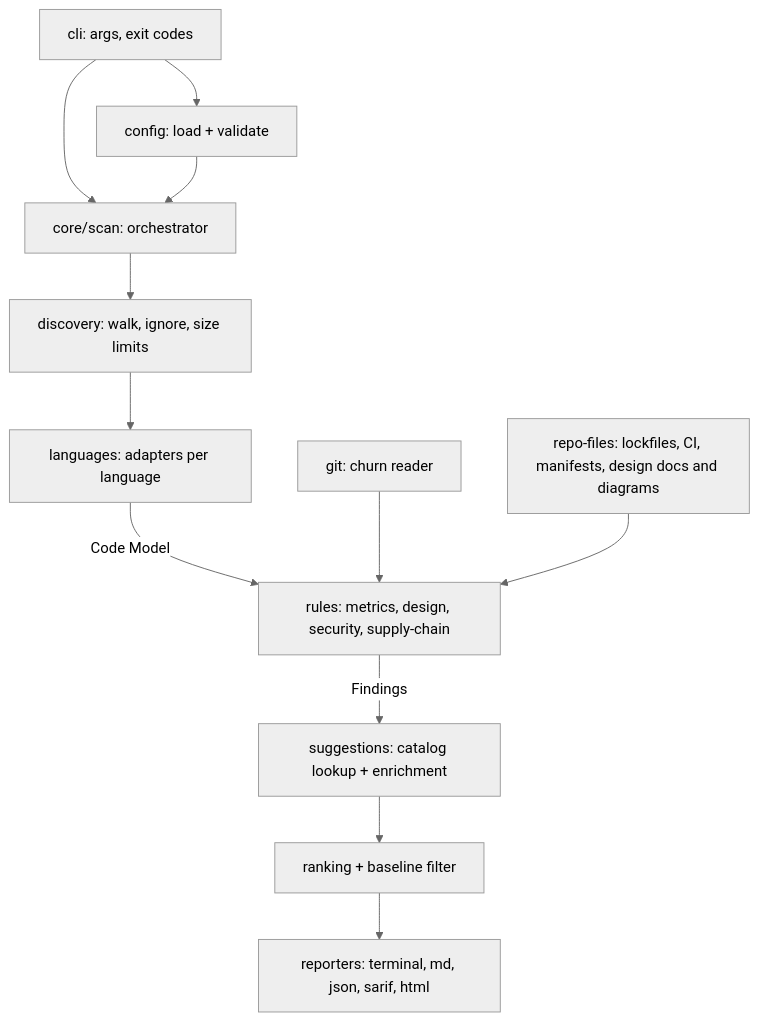
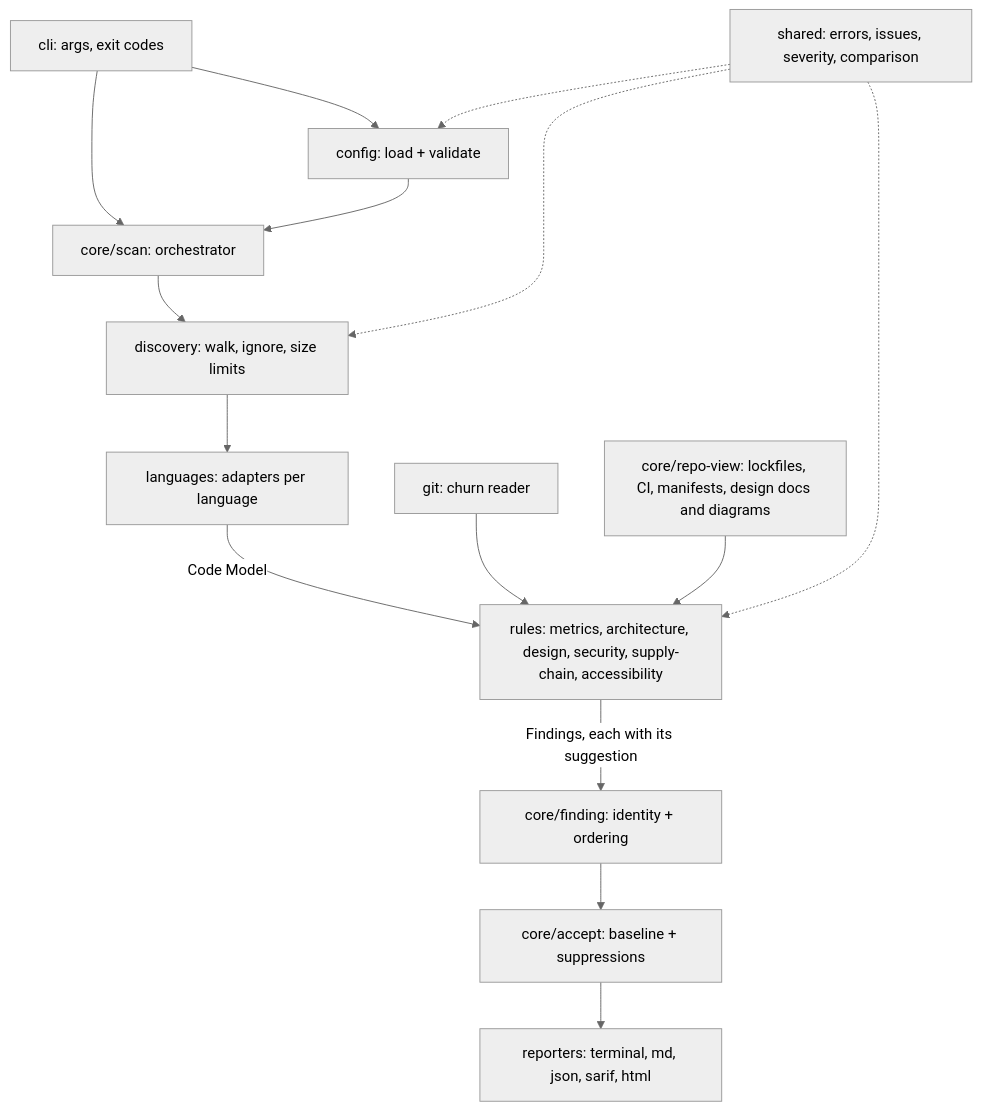
One commit to BlackCanyonSoftware/siftcode_BCS changed the second of 4 diagrams in docs/ARCHITECTURE.md. Above: the diagram before and after it, drawn with Mermaid (neutral theme). The commit also changed 10 other files, not shown here.

Commit message:
feat: compare diagram boxes with the code (SC-DOC-007, SC-DOC-008)

````diff
--- a/docs/ARCHITECTURE.md
+++ b/docs/ARCHITECTURE.md
@@ -36,14 +36,17 @@
 ```mermaid
 flowchart TD
     CLI[cli: args, exit codes] --> Cfg[config: load + validate]
     CLI --> Scan[core/scan: orchestrator]
     Cfg --> Scan
     Scan --> Disc[discovery: walk, ignore, size limits]
     Disc --> Lang[languages: adapters per language]
-    Lang -->|Code Model| Rules[rules: metrics, design, security, supply-chain]
+    Lang -->|Code Model| Rules[rules: metrics, architecture, design, security, supply-chain, accessibility]
     Git[git: churn reader] --> Rules
-    Repo[repo-files: lockfiles, CI, manifests, design docs and diagrams] --> Rules
-    Rules -->|Findings| Sugg[suggestions: catalog lookup + enrichment]
-    Sugg --> Rank[ranking + baseline filter]
+    Repo[core/repo-view: lockfiles, CI, manifests, design docs and diagrams] --> Rules
+    Rules -->|Findings, each with its suggestion| Fnd[core/finding: identity + ordering]
+    Fnd --> Rank[core/accept: baseline + suppressions]
+    Shared[shared: errors, issues, severity, comparison] -.-> Cfg
+    Shared -.-> Rules
+    Shared -.-> Disc
     Rank --> Rep[reporters: terminal, md, json, sarif, html]
 ```
````
